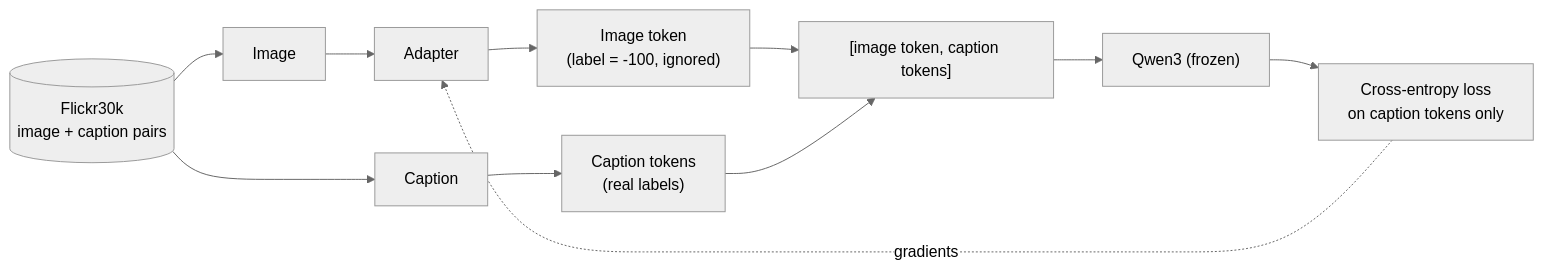
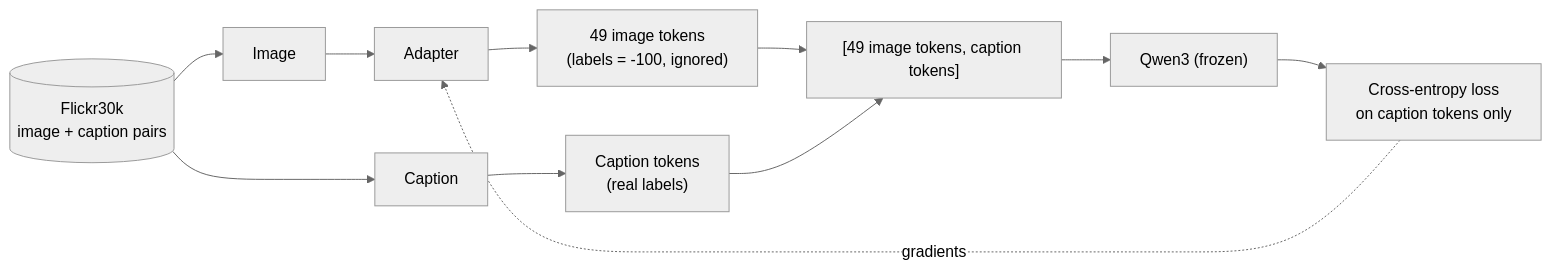
Before and after one commit to RoshBeed/ai-residency: the third of 4 diagrams in services/multimodal-captioning/README.md, drawn with Mermaid (neutral theme). The commit also changed other lines of this file and 3 other files, not shown here.

````diff
--- a/services/multimodal-captioning/README.md
+++ b/services/multimodal-captioning/README.md
@@ -202,10 +230,10 @@
 ```mermaid
 flowchart LR
-    flickr[("Flickr30k<br/>image + caption pairs")] --> img["Image"] --> adapter["Adapter"] --> imgtok["Image token<br/>(label = -100, ignored)"]
+    flickr[("Flickr30k<br/>image + caption pairs")] --> img["Image"] --> adapter["Adapter"] --> imgtok["49 image tokens<br/>(labels = -100, ignored)"]
     flickr --> cap["Caption"] --> captoks["Caption tokens<br/>(real labels)"]
-    imgtok --> seq["[image token, caption tokens]"]
+    imgtok --> seq["[49 image tokens, caption tokens]"]
     captoks --> seq
     seq --> qwen["Qwen3 (frozen)"]
     qwen --> loss["Cross-entropy loss<br/>on caption tokens only"]
     loss -.gradients.-> adapter
 ```
````
